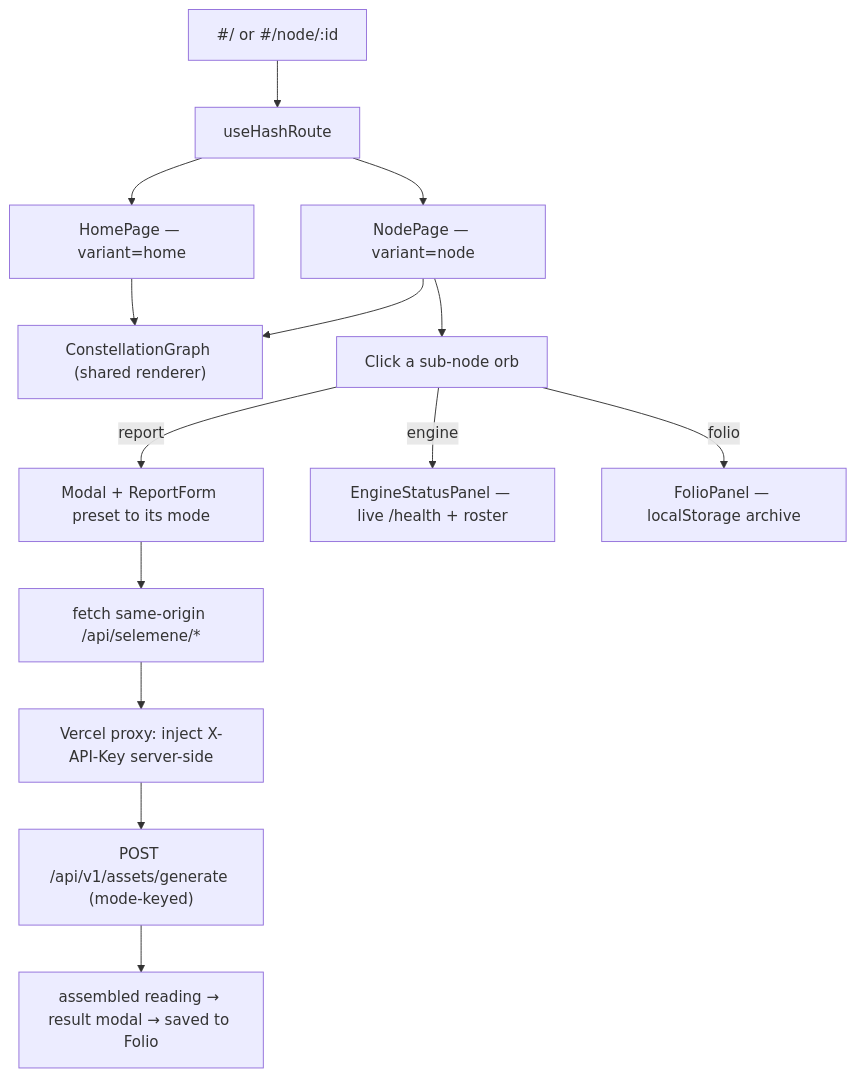
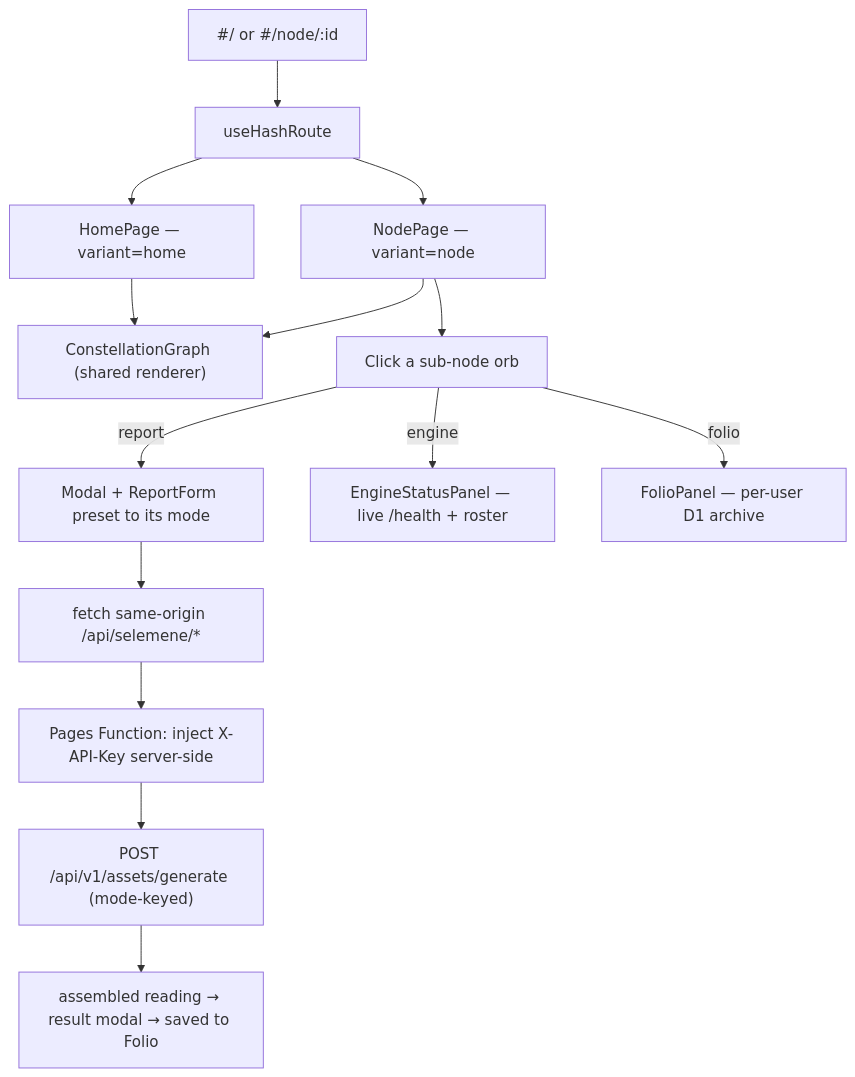
Before and after one commit to Sheshiyer/urania-137: the diagram in README.md, drawn with Mermaid. The commit also changed other lines of this file and 1 other file, not shown here.

First line of the commit message:
docs(cf-auth): T-060 dev + deploy docs on the wrangler pages workflow

````diff
--- a/README.md
+++ b/README.md
@@ -121,16 +148,16 @@
 ```mermaid
 graph TD
     URL["#/  or  #/node/:id"] --> RT[useHashRoute]
     RT --> HP["HomePage — variant=home"]
     RT --> NP["NodePage — variant=node"]
     HP --> G["ConstellationGraph (shared renderer)"]
     NP --> G
     NP --> K[Click a sub-node orb]
     K -->|report| M[Modal + ReportForm preset to its mode]
     K -->|engine| ES["EngineStatusPanel — live /health + roster"]
-    K -->|folio| FP["FolioPanel — localStorage archive"]
+    K -->|folio| FP["FolioPanel — per-user D1 archive"]
     M --> P["fetch same-origin /api/selemene/*"]
-    P --> PX["Vercel proxy: inject X-API-Key server-side"]
+    P --> PX["Pages Function: inject X-API-Key server-side"]
     PX --> H["POST /api/v1/assets/generate (mode-keyed)"]
     H --> R["assembled reading → result modal → saved to Folio"]
 ```
````
